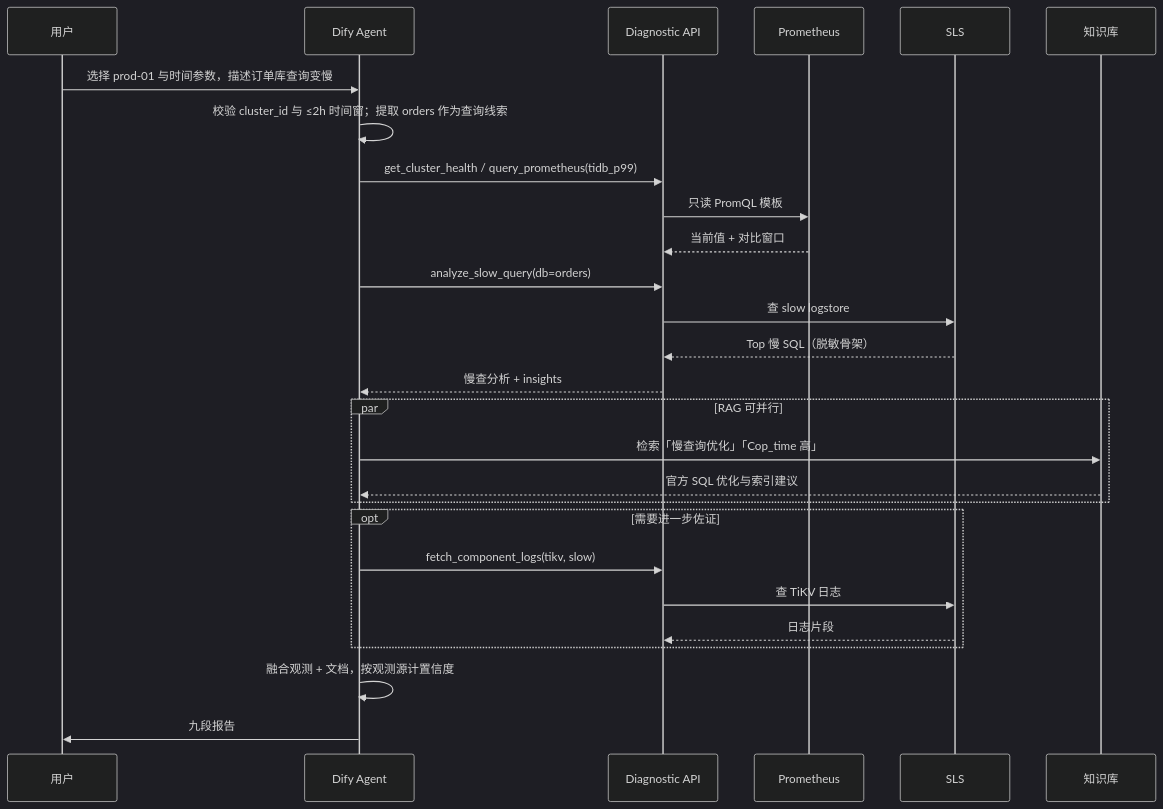
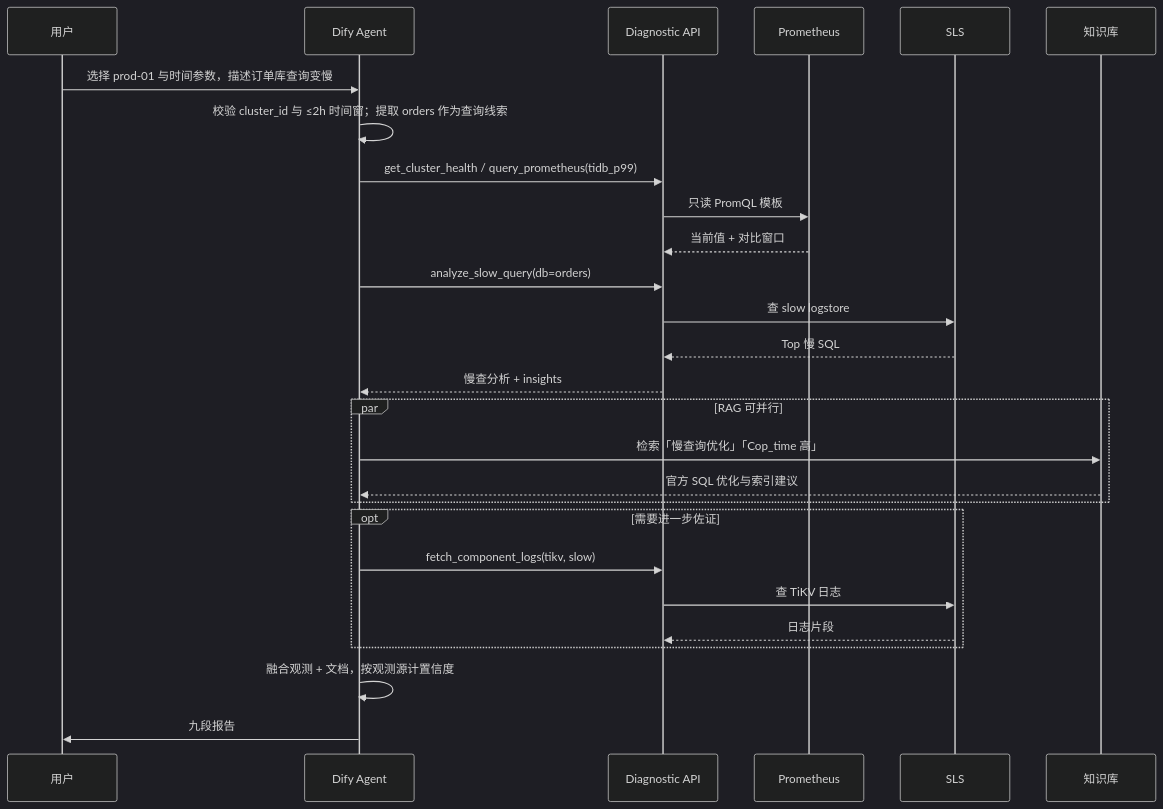
Before and after one commit to yangzhengjie/tidb-diag: the eighth of 10 diagrams in docs/tidb-diag-agent-technical-design.md, drawn with Mermaid (dark theme). The commit also changed other lines of this file and 1 other file, not shown here.

````diff
--- a/docs/tidb-diag-agent-technical-design.md
+++ b/docs/tidb-diag-agent-technical-design.md
@@ -875,30 +861,30 @@
 ```mermaid
 sequenceDiagram
     participant U as 用户
     participant A as Dify Agent
     participant API as Diagnostic API
     participant P as Prometheus
     participant S as SLS
     participant KB as 知识库
 
     U->>A: 选择 prod-01 与时间参数，描述订单库查询变慢
     A->>A: 校验 cluster_id 与 ≤2h 时间窗；提取 orders 作为查询线索
     A->>API: get_cluster_health / query_prometheus(tidb_p99)
     API->>P: 只读 PromQL 模板
     P-->>API: 当前值 + 对比窗口
     A->>API: analyze_slow_query(db=orders)
     API->>S: 查 slow logstore
-    S-->>API: Top 慢 SQL（脱敏骨架）
+    S-->>API: Top 慢 SQL
     API-->>A: 慢查分析 + insights
     par RAG 可并行
         A->>KB: 检索「慢查询优化」「Cop_time 高」
         KB-->>A: 官方 SQL 优化与索引建议
     end
     opt 需要进一步佐证
         A->>API: fetch_component_logs(tikv, slow)
         API->>S: 查 TiKV 日志
         S-->>API: 日志片段
     end
     A->>A: 融合观测 + 文档，按观测源计置信度
     A->>U: 九段报告
 ```
````
